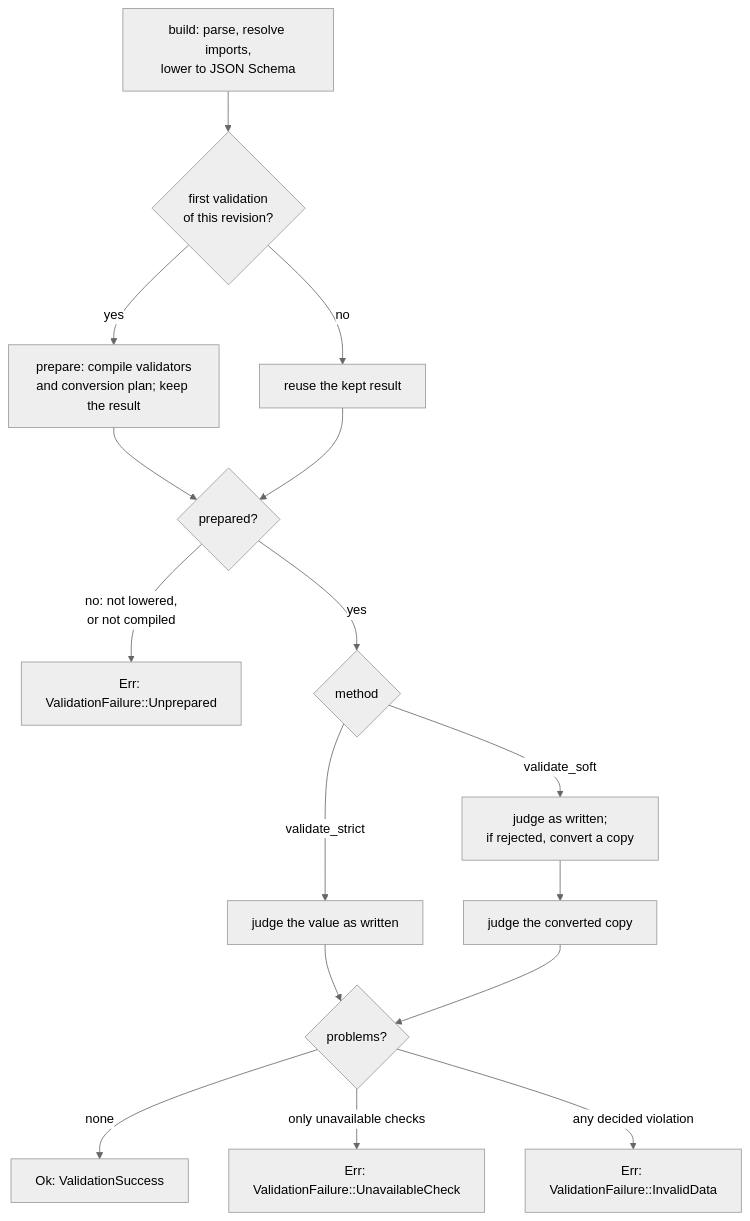
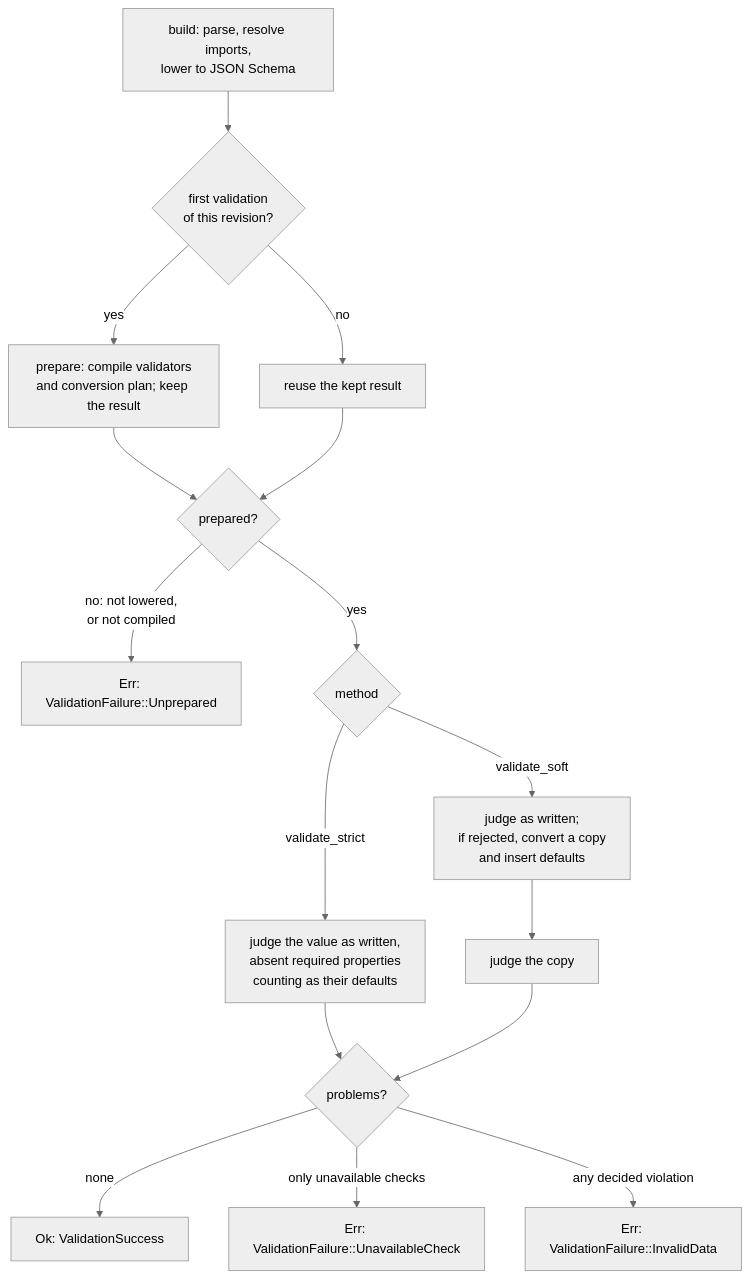
The first of 2 diagrams in simplified-schema/docs/topics/validation.md (yankeeinlondon/rusty-biscuit), drawn with Mermaid (neutral theme) before and after one commit. The commit also changed other lines of this file and 62 other files, not shown here.

First line of the commit message:
feat: apply required defaults during schema validation

````diff
--- a/simplified-schema/docs/topics/validation.md
+++ b/simplified-schema/docs/topics/validation.md
@@ -44,18 +48,18 @@
 ```mermaid
 flowchart TD
     build["build: parse, resolve imports,<br/>lower to JSON Schema"] --> first{"first validation<br/>of this revision?"}
     first -- yes --> prepare["prepare: compile validators<br/>and conversion plan; keep the result"]
     first -- no --> cached["reuse the kept result"]
     prepare --> ready{"prepared?"}
     cached --> ready
     ready -- "no: not lowered,<br/>or not compiled" --> unprepared["Err: ValidationFailure::Unprepared"]
     ready -- yes --> mode{"method"}
-    mode -- validate_strict --> judge["judge the value as written"]
-    mode -- validate_soft --> soft["judge as written;<br/>if rejected, convert a copy"]
-    soft --> judge2["judge the converted copy"]
+    mode -- validate_strict --> judge["judge the value as written,<br/>absent required properties<br/>counting as their defaults"]
+    mode -- validate_soft --> soft["judge as written;<br/>if rejected, convert a copy<br/>and insert defaults"]
+    soft --> judge2["judge the copy"]
     judge --> verdict{"problems?"}
     judge2 --> verdict
     verdict -- none --> success["Ok: ValidationSuccess"]
     verdict -- "only unavailable checks" --> unavailable["Err: ValidationFailure::UnavailableCheck"]
     verdict -- "any decided violation" --> invalid["Err: ValidationFailure::InvalidData"]
 ```
````
